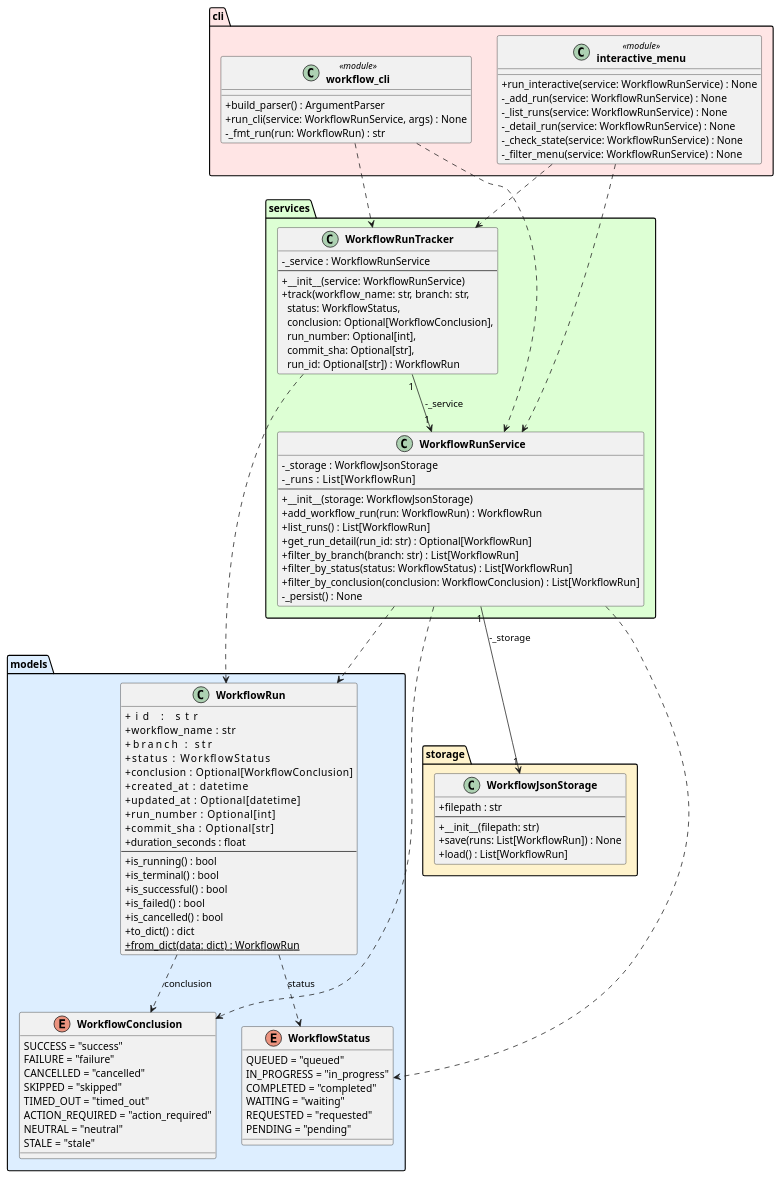
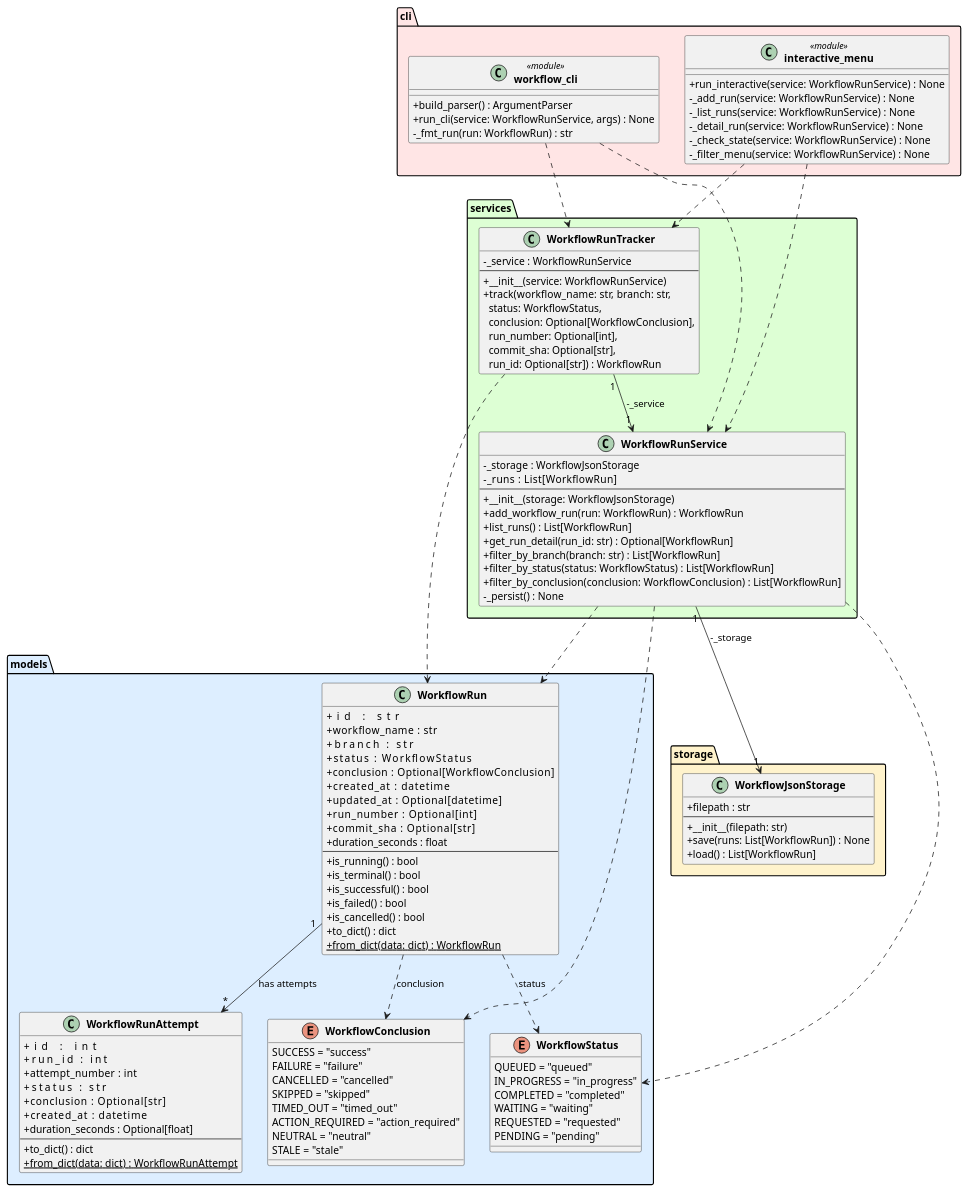
Before and after one commit to DanielRiha8906/Software_autoevolution_using_agents: the diagram in experiments/broadcast/user_stories/github-workflow-manager/artifacts/class_diagram.puml, drawn with PlantUML. The commit also changed 4 other files, not shown here.

```diff
--- a/experiments/broadcast/user_stories/github-workflow-manager/artifacts/class_diagram.puml
+++ b/experiments/broadcast/user_stories/github-workflow-manager/artifacts/class_diagram.puml
@@ -1,112 +1,126 @@
 @startuml class_diagram
 
 skinparam classAttributeIconSize 0
 skinparam classFontStyle bold
 
 package "models" #DDEEFF {
     enum WorkflowStatus {
         QUEUED = "queued"
         IN_PROGRESS = "in_progress"
         COMPLETED = "completed"
         WAITING = "waiting"
         REQUESTED = "requested"
         PENDING = "pending"
     }
 
     enum WorkflowConclusion {
         SUCCESS = "success"
         FAILURE = "failure"
         CANCELLED = "cancelled"
         SKIPPED = "skipped"
         TIMED_OUT = "timed_out"
         ACTION_REQUIRED = "action_required"
         NEUTRAL = "neutral"
         STALE = "stale"
     }
 
     class WorkflowRun {
         +id               : str
         +workflow_name    : str
         +branch           : str
         +status           : WorkflowStatus
         +conclusion       : Optional[WorkflowConclusion]
         +created_at       : datetime
         +updated_at       : Optional[datetime]
         +run_number       : Optional[int]
         +commit_sha       : Optional[str]
         +duration_seconds : float
         --
         +is_running() : bool
         +is_terminal() : bool
         +is_successful() : bool
         +is_failed() : bool
         +is_cancelled() : bool
         +to_dict() : dict
         +{static} from_dict(data: dict) : WorkflowRun
+    }
+
+    class WorkflowRunAttempt {
+        +id               : int
+        +run_id           : int
+        +attempt_number   : int
+        +status           : str
+        +conclusion       : Optional[str]
+        +created_at       : datetime
+        +duration_seconds : Optional[float]
+        --
+        +to_dict() : dict
+        +{static} from_dict(data: dict) : WorkflowRunAttempt
     }
 }
 
 package "storage" #FFF3CC {
     class WorkflowJsonStorage {
         +filepath : str
         --
         +__init__(filepath: str)
         +save(runs: List[WorkflowRun]) : None
         +load() : List[WorkflowRun]
     }
 }
 
 package "services" #DDFFD4 {
     class WorkflowRunService {
         -_storage : WorkflowJsonStorage
         -_runs    : List[WorkflowRun]
         --
         +__init__(storage: WorkflowJsonStorage)
         +add_workflow_run(run: WorkflowRun) : WorkflowRun
         +list_runs() : List[WorkflowRun]
         +get_run_detail(run_id: str) : Optional[WorkflowRun]
         +filter_by_branch(branch: str) : List[WorkflowRun]
         +filter_by_status(status: WorkflowStatus) : List[WorkflowRun]
         +filter_by_conclusion(conclusion: WorkflowConclusion) : List[WorkflowRun]
         -_persist() : None
     }
 
     class WorkflowRunTracker {
         -_service : WorkflowRunService
         --
         +__init__(service: WorkflowRunService)
         +track(workflow_name: str, branch: str,\n  status: WorkflowStatus,\n  conclusion: Optional[WorkflowConclusion],\n  run_number: Optional[int],\n  commit_sha: Optional[str],\n  run_id: Optional[str]) : WorkflowRun
     }
 }
 
 package "cli" #FFE5E5 {
     class "workflow_cli" <<module>> {
         +build_parser() : ArgumentParser
         +run_cli(service: WorkflowRunService, args) : None
         -_fmt_run(run: WorkflowRun) : str
     }
 
     class "interactive_menu" <<module>> {
         +run_interactive(service: WorkflowRunService) : None
         -_add_run(service: WorkflowRunService) : None
         -_list_runs(service: WorkflowRunService) : None
         -_detail_run(service: WorkflowRunService) : None
         -_check_state(service: WorkflowRunService) : None
         -_filter_menu(service: WorkflowRunService) : None
     }
 }
 
 WorkflowRun                ..>  WorkflowStatus        : status
 WorkflowRun                ..>  WorkflowConclusion    : conclusion
+WorkflowRun            "1" --> "*" WorkflowRunAttempt   : has attempts
 WorkflowRunService    "1" --> "1" WorkflowJsonStorage : -_storage
 WorkflowRunService         ..>  WorkflowRun
 WorkflowRunService         ..>  WorkflowStatus
 WorkflowRunService         ..>  WorkflowConclusion
 WorkflowRunTracker    "1" --> "1" WorkflowRunService  : -_service
 WorkflowRunTracker         ..>  WorkflowRun
 "workflow_cli"             ..>  WorkflowRunService
 "workflow_cli"             ..>  WorkflowRunTracker
 "interactive_menu"         ..>  WorkflowRunService
 "interactive_menu"         ..>  WorkflowRunTracker
 
 @enduml
```
